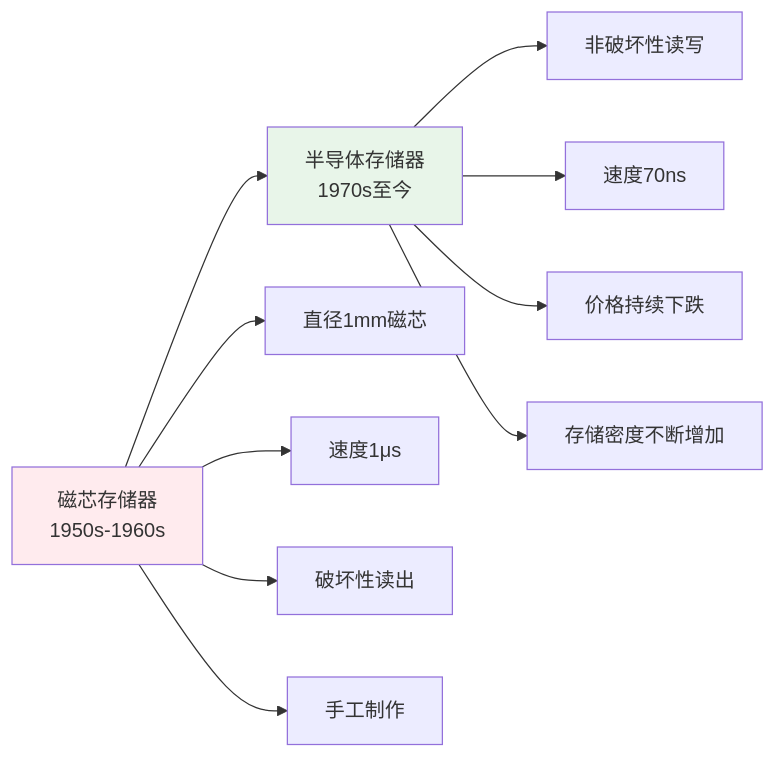
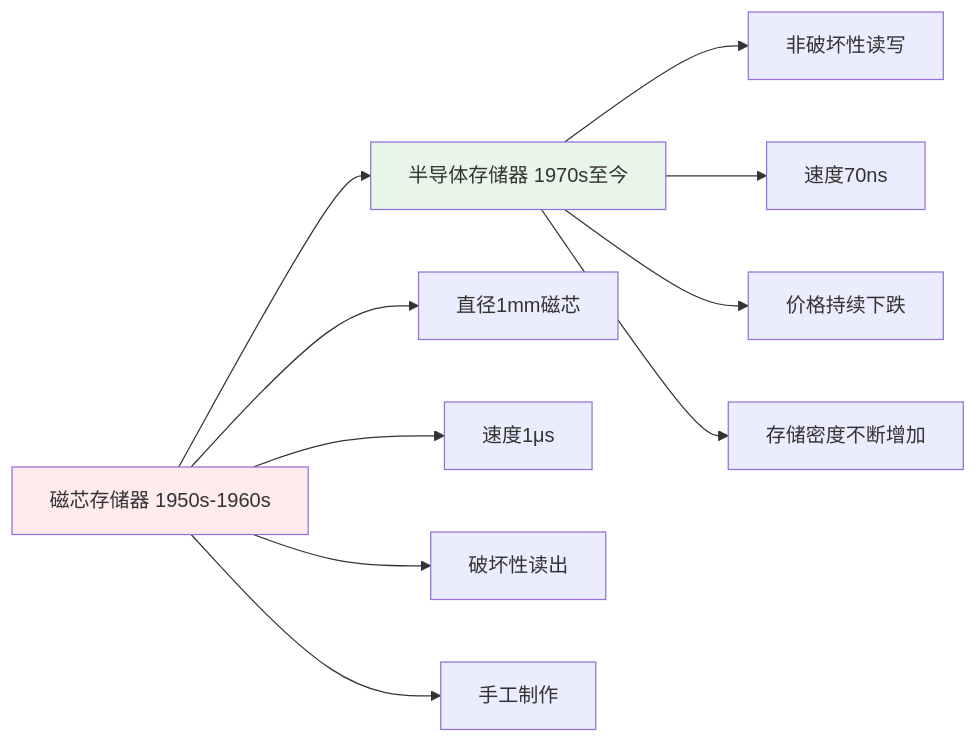
Before and after one commit to gilismael826-lgtm/course: the second of 4 diagrams in 计算机组成原理/notes/章节笔记/第1章-计算机系统概述/第1章-1.2-计算机的发展简史.md, drawn with Mermaid. The commit also changed other lines of this file and 28 other files, not shown here.

````diff
--- a/计算机组成原理/notes/章节笔记/第1章-计算机系统概述/第1章-1.2-计算机的发展简史.md
+++ b/计算机组成原理/notes/章节笔记/第1章-计算机系统概述/第1章-1.2-计算机的发展简史.md
@@ -109,17 +109,17 @@
 ```mermaid
 flowchart LR
-    A[磁芯存储器<br/>1950s-1960s] --> B[半导体存储器<br/>1970s至今]
+    A[磁芯存储器 1950s-1960s] --> B[半导体存储器 1970s至今]
     
     A --> A1[直径1mm磁芯]
     A --> A2[速度1μs]
     A --> A3[破坏性读出]
     A --> A4[手工制作]
     
     B --> B1[非破坏性读写]
     B --> B2[速度70ns]
     B --> B3[价格持续下跌]
     B --> B4[存储密度不断增加]
     
     style A fill:#ffebee
     style B fill:#e8f5e9
 ```
````
